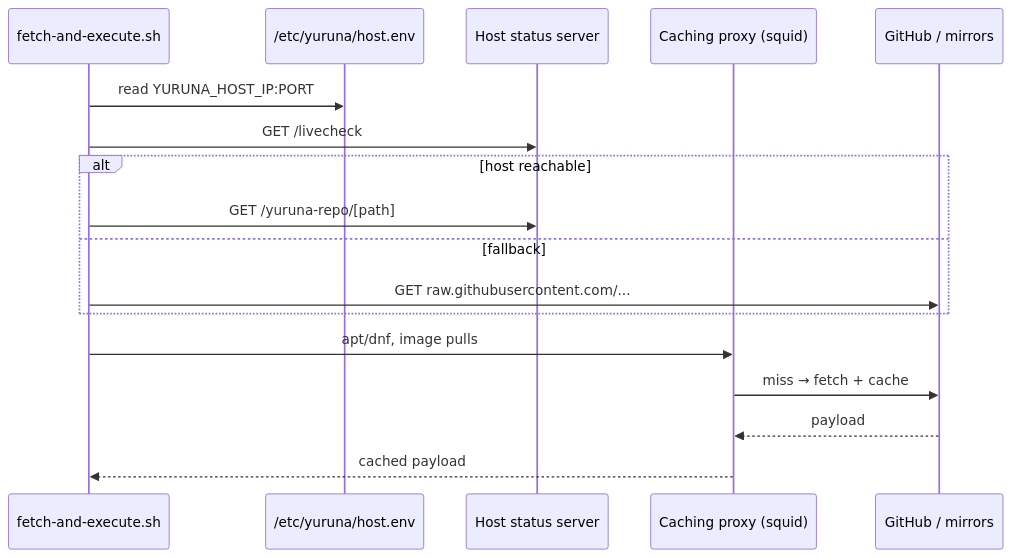
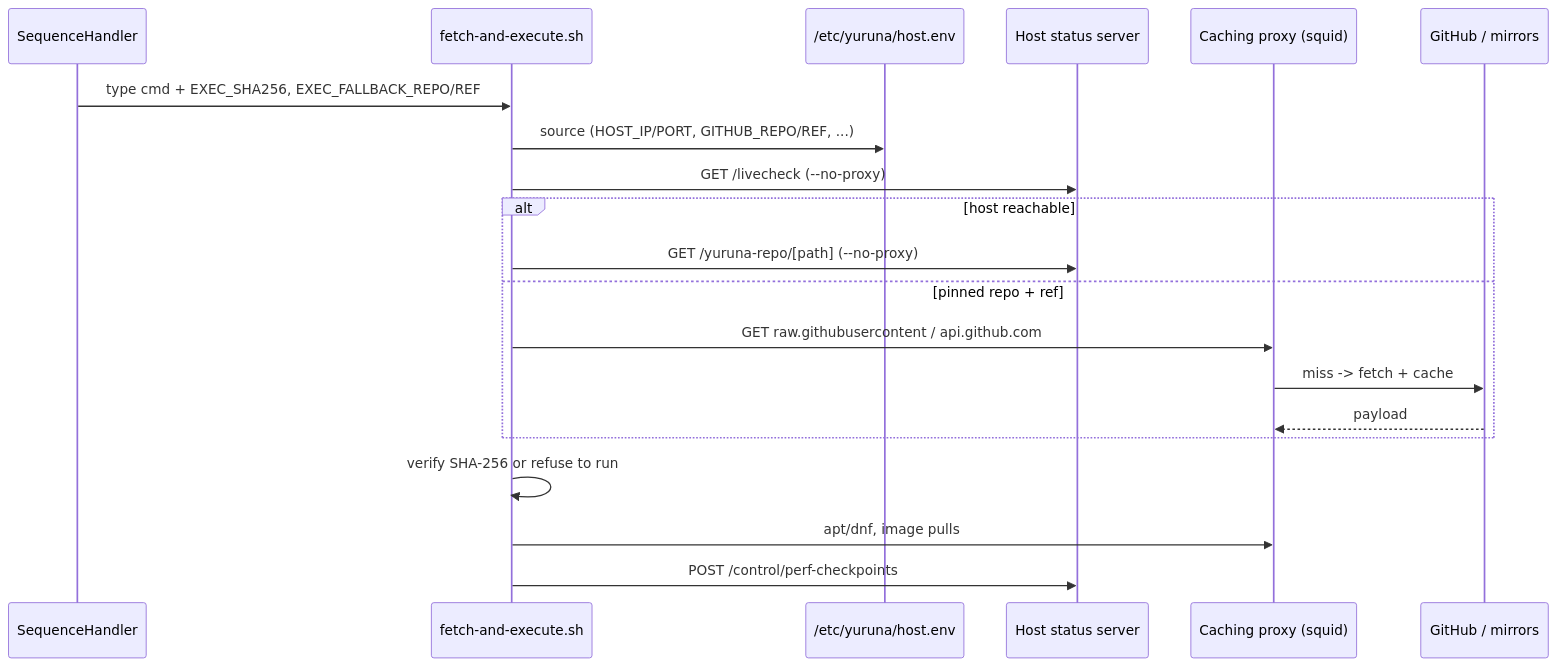
Before and after one commit to alissonsol/yuruna: the third of 4 diagrams in docs/design/03-data-flows.md, drawn with Mermaid. The commit also changed other lines of this file and 536 other files, not shown here.

````diff
--- a/docs/design/03-data-flows.md
+++ b/docs/design/03-data-flows.md
@@ -75,20 +104,23 @@
 ```mermaid
 sequenceDiagram
+    participant Harness as SequenceHandler
     participant Guest as fetch-and-execute.sh
     participant HostEnv as /etc/yuruna/host.env
     participant StatusSrv as Host status server
     participant Proxy as Caching proxy (squid)
     participant Upstream as GitHub / mirrors
 
-    Guest->>HostEnv: read YURUNA_HOST_IP:PORT
-    Guest->>StatusSrv: GET /livecheck
+    Harness->>Guest: type cmd + EXEC_SHA256, EXEC_FALLBACK_REPO/REF
+    Guest->>HostEnv: source (HOST_IP/PORT, GITHUB_REPO/REF, ...)
+    Guest->>StatusSrv: GET /livecheck (--no-proxy)
     alt host reachable
-        Guest->>StatusSrv: GET /yuruna-repo/[path]
-    else fallback
-        Guest->>Upstream: GET raw.githubusercontent.com/...
+        Guest->>StatusSrv: GET /yuruna-repo/[path] (--no-proxy)
+    else pinned repo + ref
+        Guest->>Proxy: GET raw.githubusercontent / api.github.com
+        Proxy->>Upstream: miss -> fetch + cache
+        Upstream-->>Proxy: payload
     end
+    Guest->>Guest: verify SHA-256 or refuse to run
     Guest->>Proxy: apt/dnf, image pulls
-    Proxy->>Upstream: miss → fetch + cache
-    Upstream-->>Proxy: payload
-    Proxy-->>Guest: cached payload
+    Guest->>StatusSrv: POST /control/perf-checkpoints
 ```
````
